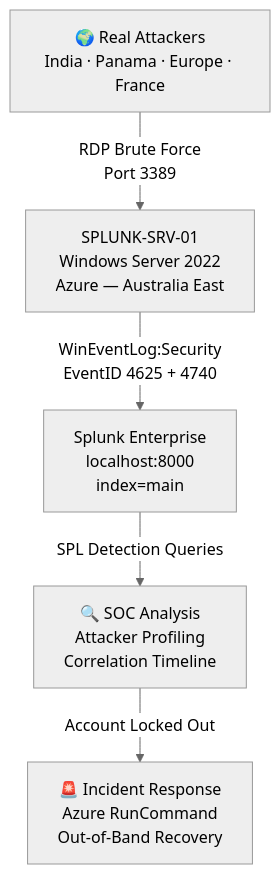
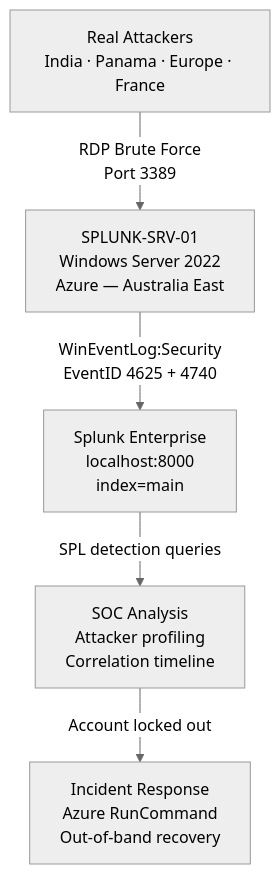
One commit to shank078/Splunk-SOC-Detection-Lab changed the diagram in README.md. Above: the diagram before and after it, drawn with Mermaid (neutral theme). The commit also changed other lines of this file, not shown here.

````diff
--- a/README.md
+++ b/README.md
@@ -40,7 +43,7 @@
 ```mermaid
 graph TD
-    A["🌍 Real Attackers\nIndia · Panama · Europe · France"] -->|RDP Brute Force\nPort 3389| B["SPLUNK-SRV-01\nWindows Server 2022\nAzure — Australia East"]
-    B -->|WinEventLog:Security\nEventID 4625 + 4740| C["Splunk Enterprise\nlocalhost:8000\nindex=main"]
-    C -->|SPL Detection Queries| D["🔍 SOC Analysis\nAttacker Profiling\nCorrelation Timeline"]
-    D -->|Account Locked Out| E["🚨 Incident Response\nAzure RunCommand\nOut-of-Band Recovery"]
+    A["Real Attackers<br/>India · Panama · Europe · France"] -->|"RDP Brute Force<br/>Port 3389"| B["SPLUNK-SRV-01<br/>Windows Server 2022<br/>Azure — Australia East"]
+    B -->|"WinEventLog:Security<br/>EventID 4625 + 4740"| C["Splunk Enterprise<br/>localhost:8000<br/>index=main"]
+    C -->|"SPL detection queries"| D["SOC Analysis<br/>Attacker profiling<br/>Correlation timeline"]
+    D -->|"Account locked out"| E["Incident Response<br/>Azure RunCommand<br/>Out-of-band recovery"]
 ```
````
